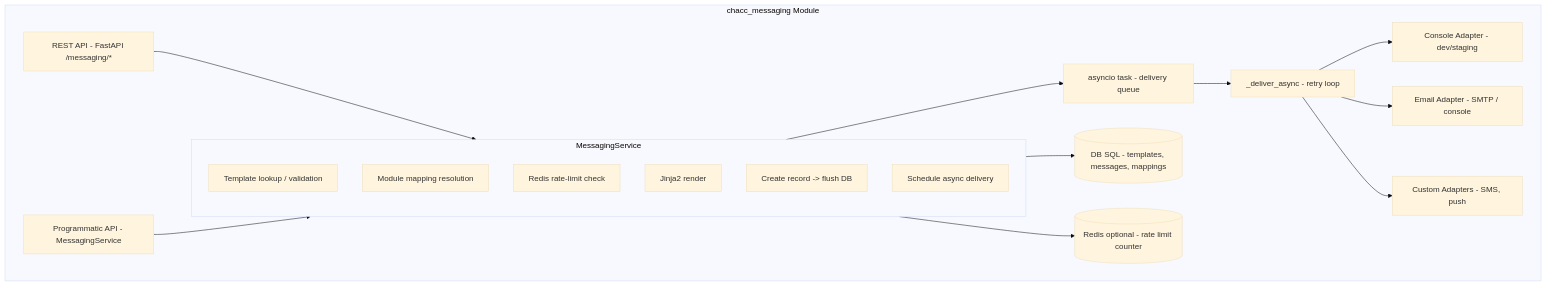
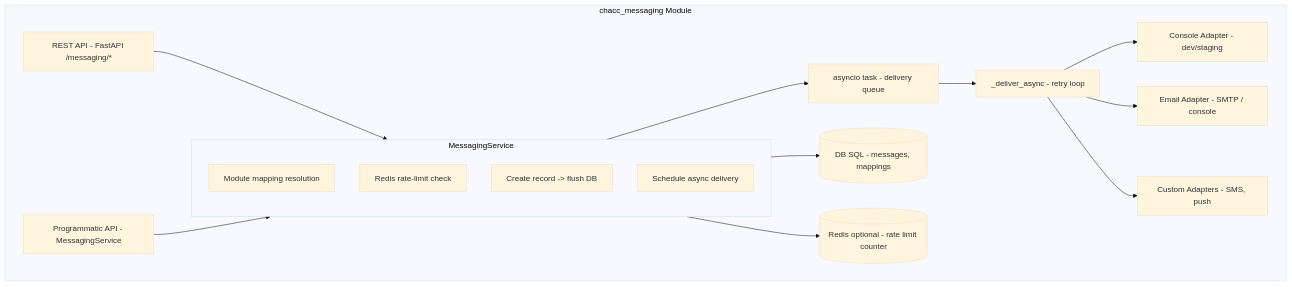
The first of 5 diagrams in README.md (TNet-Tech/chacc_outbound), drawn with Mermaid (base theme) before and after one commit. The commit also changed other lines of this file and 12 other files, not shown here.

Commit message:
Remove template flow of messaging

````diff
--- a/README.md
+++ b/README.md
@@ -349,35 +262,33 @@
 ```mermaid
 flowchart TD
     subgraph chacc_messaging[chacc_messaging Module]
         REST[REST API - FastAPI /messaging/*]
         PROG[Programmatic API - MessagingService]
         
         subgraph Service[MessagingService]
-            T1[Template lookup / validation]
-            T2[Module mapping resolution]
-            T3[Redis rate-limit check]
-            T4[Jinja2 render]
-            T5[Create record -> flush DB]
-            T6[Schedule async delivery]
+            T1[Module mapping resolution]
+            T2[Redis rate-limit check]
+            T3[Create record -> flush DB]
+            T4[Schedule async delivery]
         end
         
-        DB[(DB SQL - templates, messages, mappings)]
+        DB[(DB SQL - messages, mappings)]
         REDIS[(Redis optional - rate limit counter)]
         TASK[asyncio task - delivery queue]
         DELIVER[_deliver_async - retry loop]
         
         CONSOLE[Console Adapter - dev/staging]
         EMAIL[Email Adapter - SMTP / console]
         CUSTOM[Custom Adapters - SMS, push]
     end
     
     REST --> Service
     PROG --> Service
     Service --> DB
     Service --> REDIS
     Service --> TASK
     TASK --> DELIVER
     DELIVER --> CONSOLE
     DELIVER --> EMAIL
     DELIVER --> CUSTOM
 ```
````
